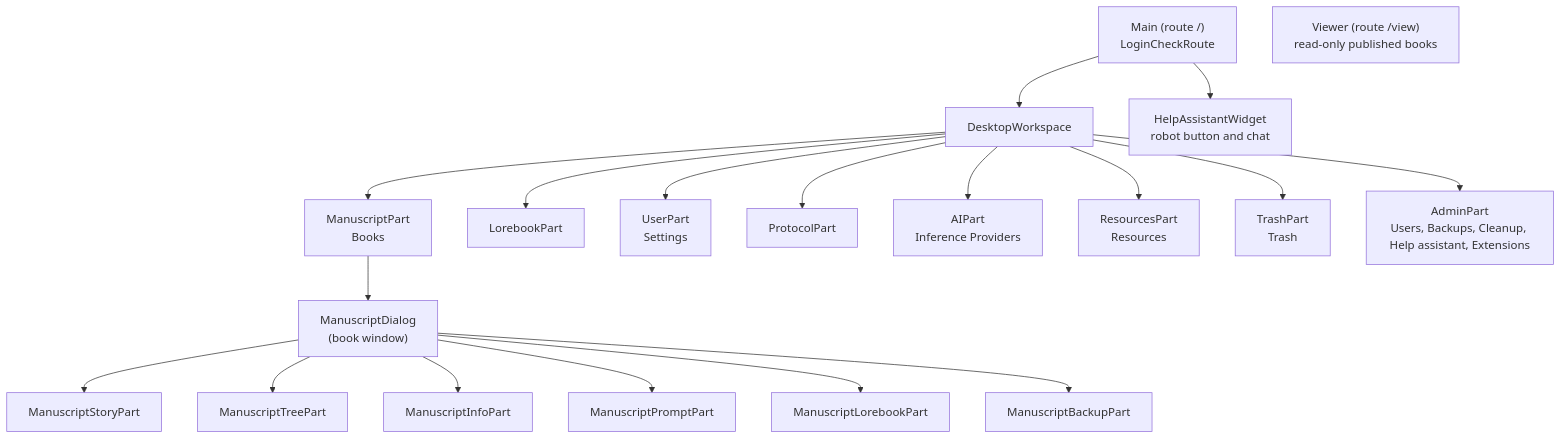
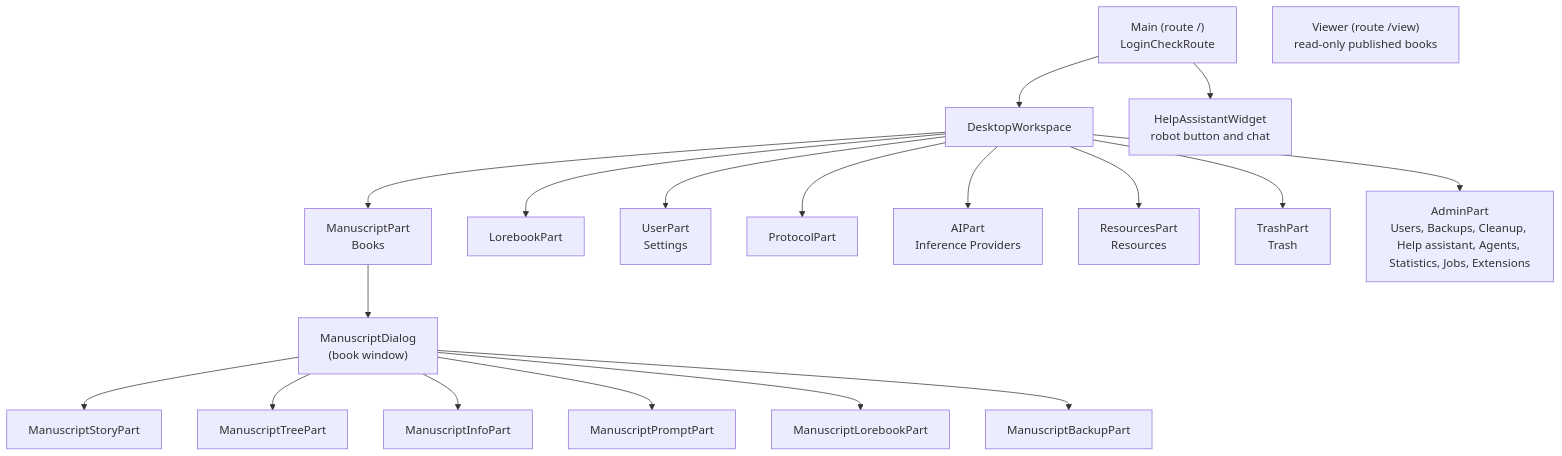
The third of 7 diagrams in manual/developer/architecture.md (Enerccio/Marginalia), drawn with Mermaid before and after one commit. The commit also changed other lines of this file and 7 other files, not shown here.

````diff
--- a/manual/developer/architecture.md
+++ b/manual/developer/architecture.md
@@ -236,21 +236,21 @@
 ```mermaid
 flowchart TB
     Main["Main (route /)<br/>LoginCheckRoute"] --> WS["DesktopWorkspace"]
     Main --> HW["HelpAssistantWidget<br/>robot button and chat"]
     Viewer["Viewer (route /view)<br/>read-only published books"]
     WS --> MP["ManuscriptPart<br/>Books"]
     WS --> LP["LorebookPart"]
     WS --> UP["UserPart<br/>Settings"]
     WS --> PP["ProtocolPart"]
     WS --> AP["AIPart<br/>Inference Providers"]
     WS --> RP["ResourcesPart<br/>Resources"]
     WS --> TP["TrashPart<br/>Trash"]
-    WS --> AdP["AdminPart<br/>Users, Backups, Cleanup, Help assistant, Extensions"]
+    WS --> AdP["AdminPart<br/>Users, Backups, Cleanup, Help assistant, Agents, Statistics, Jobs, Extensions"]
     MP --> MD["ManuscriptDialog<br/>(book window)"]
     MD --> Story["ManuscriptStoryPart"]
     MD --> Tree["ManuscriptTreePart"]
     MD --> Info["ManuscriptInfoPart"]
     MD --> Prompt["ManuscriptPromptPart"]
     MD --> Lore["ManuscriptLorebookPart"]
     MD --> Backup["ManuscriptBackupPart"]
 ```
````
